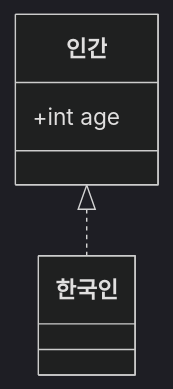
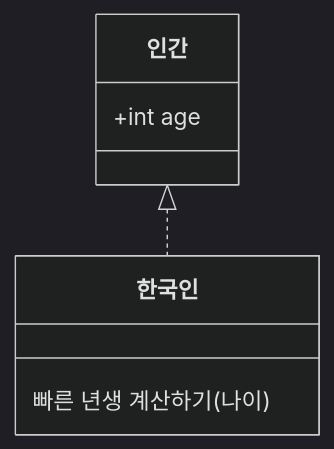
The seventh of 7 diagrams in content/blog/정처기/UML-class-digram-3.md (zerozoo-a/zerozoo-a.github.io), drawn with Mermaid before and after one commit. The commit also changed other lines of this file, not shown here.

````diff
--- a/content/blog/정처기/UML-class-digram-3.md
+++ b/content/blog/정처기/UML-class-digram-3.md
@@ -155,11 +155,17 @@
 ```mermaid
 %%{init: {'theme':'dark'}}%%
 
 classDiagram
 
 class 인간 {
     +int age
 }
 
+
+class 한국인 {
+    빠른 년생 계산하기(나이)
+}
+
  인간 <|.. 한국인
+
 ```
````
